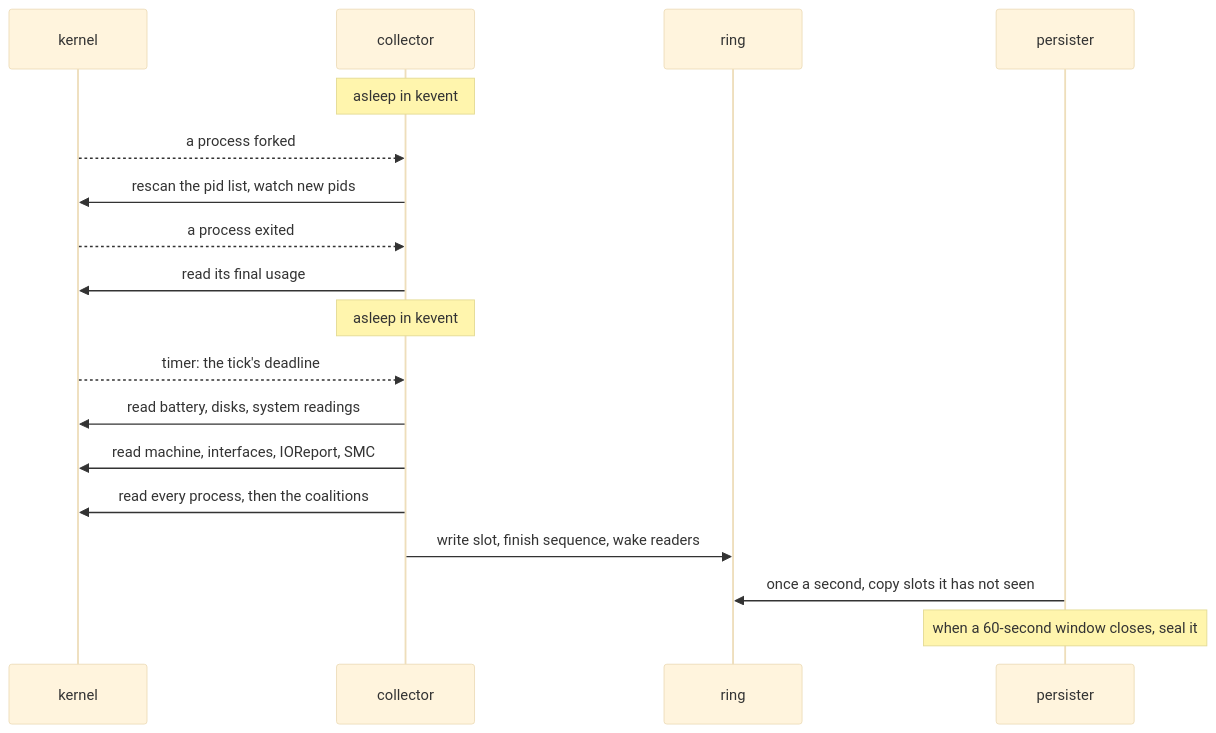
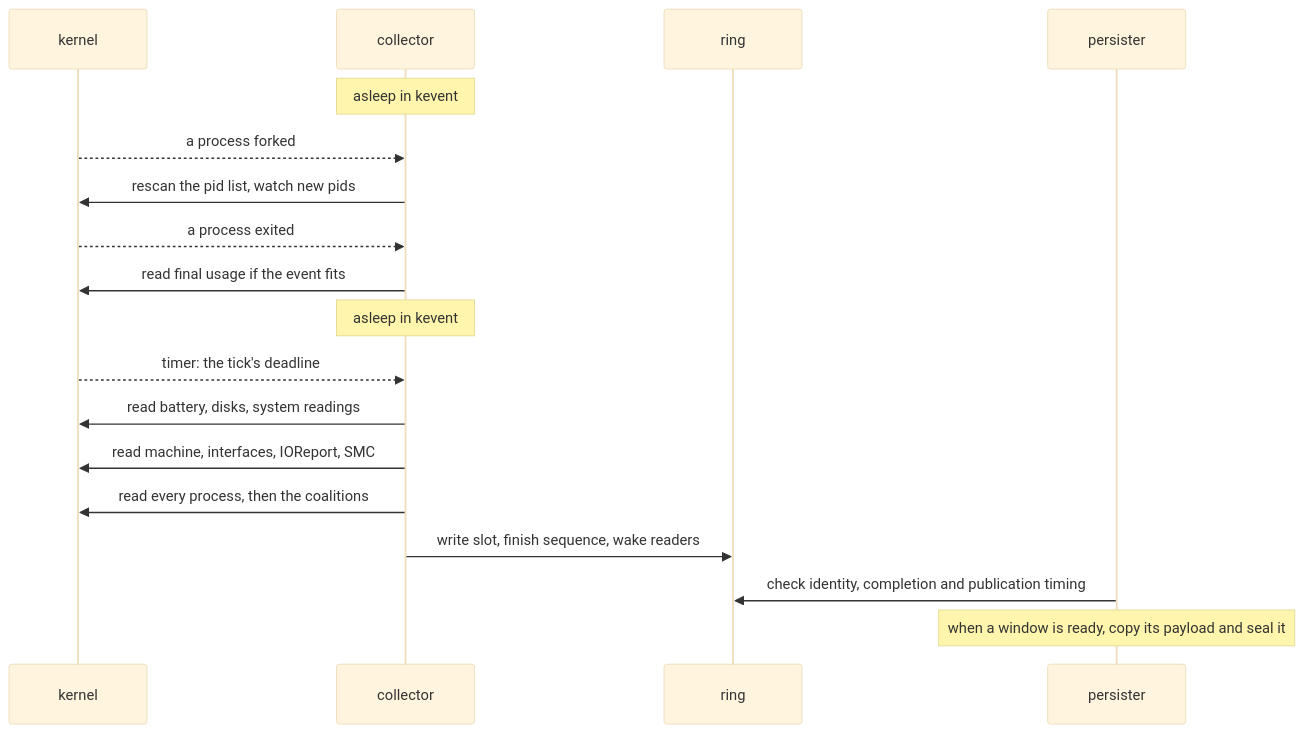
The second of 2 diagrams in docs/collector.md (joaofnds/flightdeck), drawn with Mermaid (base theme) before and after one commit. The commit also changed other lines of this file and 4 other files, not shown here.

````diff
--- a/docs/collector.md
+++ b/docs/collector.md
@@ -61,21 +64,21 @@
 ```mermaid
 sequenceDiagram
   participant K as kernel
   participant C as collector
   participant R as ring
   participant P as persister
 
   Note over C: asleep in kevent
   K-->>C: a process forked
   C->>K: rescan the pid list, watch new pids
   K-->>C: a process exited
-  C->>K: read its final usage
+  C->>K: read final usage if the event fits
   Note over C: asleep in kevent
   K-->>C: timer: the tick's deadline
   C->>K: read battery, disks, system readings
   C->>K: read machine, interfaces, IOReport, SMC
   C->>K: read every process, then the coalitions
   C->>R: write slot, finish sequence, wake readers
-  P->>R: once a second, copy slots it has not seen
-  Note over P: when a 60-second window closes, seal it
+  P->>R: check identity, completion and publication timing
+  Note over P: when a window is ready, copy its payload and seal it
 ```
````
